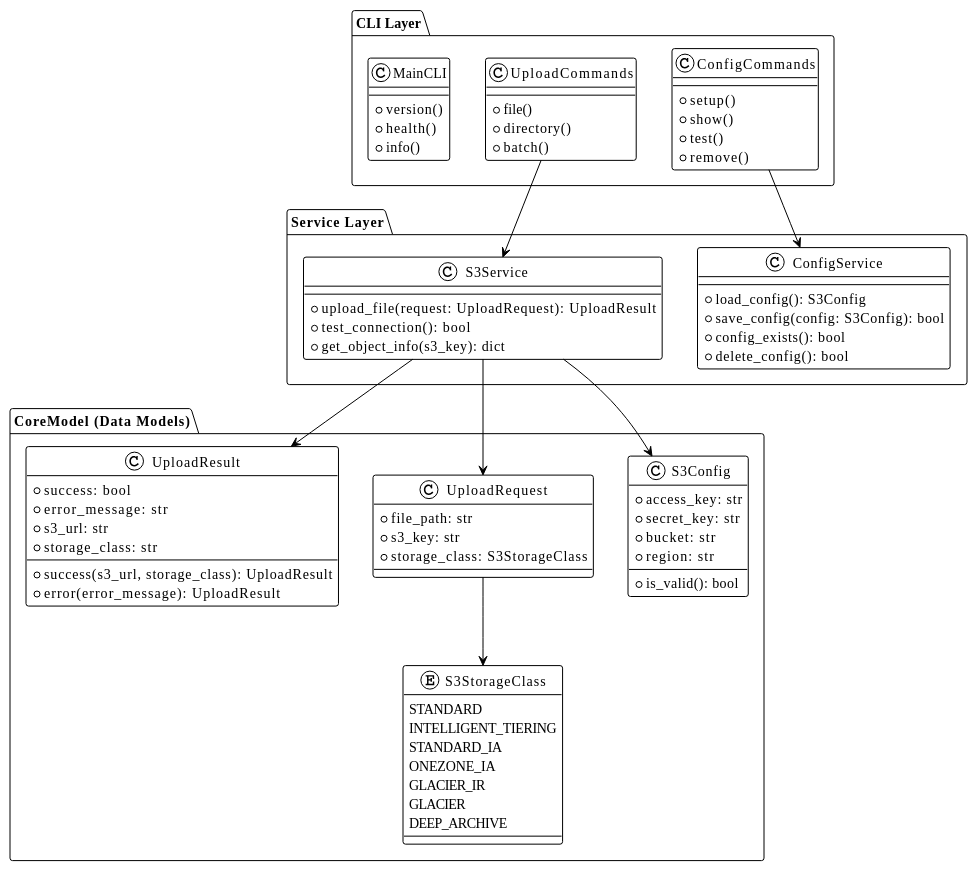
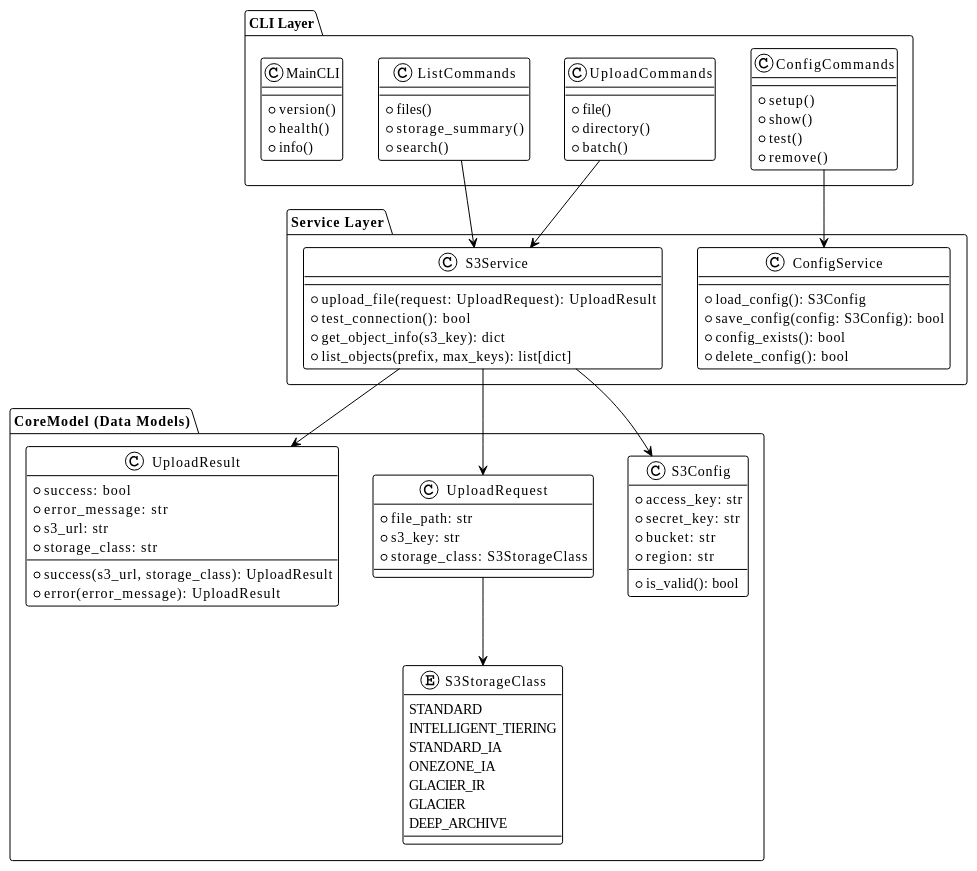
One commit to FATESAIKOU/CloudStorageSyncer changed the first of 7 diagrams in .prompt/02.Issue/02.AddSimpleFileUpload/01.BasicDesign/03.ClassInterface.md. Above: the diagram before and after it, drawn with PlantUML. The commit also changed 6 other files, not shown here.

```diff
--- a/.prompt/02.Issue/02.AddSimpleFileUpload/01.BasicDesign/03.ClassInterface.md
+++ b/.prompt/02.Issue/02.AddSimpleFileUpload/01.BasicDesign/03.ClassInterface.md
@@ -22,6 +22,12 @@
     +batch()
   }
 
+  class ListCommands {
+    +files()
+    +storage_summary()
+    +search()
+  }
+
   class MainCLI {
     +version()
     +health()
@@ -34,6 +40,7 @@
     +upload_file(request: UploadRequest): UploadResult
     +test_connection(): bool
     +get_object_info(s3_key): dict
+    +list_objects(prefix, max_keys): list[dict]
   }
 
   class ConfigService {
@@ -81,6 +88,7 @@
 
 ConfigCommands --> ConfigService
 UploadCommands --> S3Service
+ListCommands --> S3Service
 S3Service --> S3Config
 S3Service --> UploadRequest
 S3Service --> UploadResult
```
